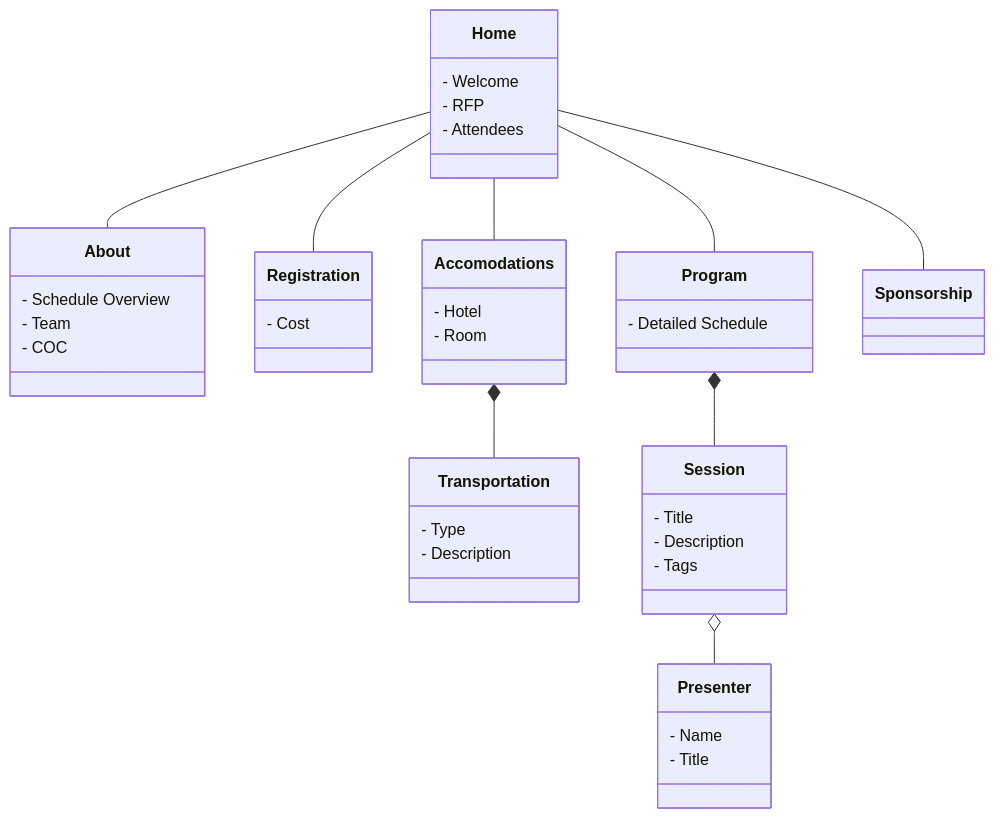
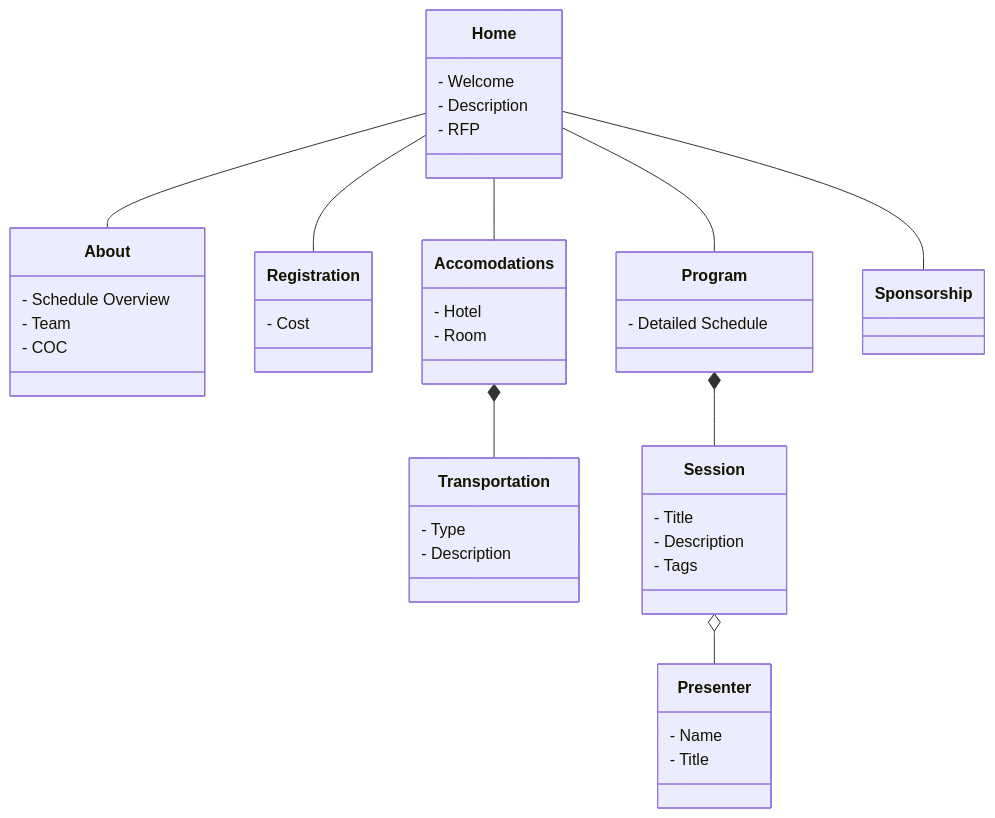
The diagram in README.md (OSGeo-US/foss4g-na-2023), drawn with Mermaid before and after one commit.

`````diff
--- a/README.md
+++ b/README.md
@@ -3,37 +3,36 @@
-````mermaid
+```mermaid
 classDiagram
     Home -- About
     Home -- Registration
     Home -- Accomodations
     Home -- Program
     Home -- Sponsorship
     Home : - Welcome
+    Home : - Description
     Home : - RFP
-    Home : - Attendees
 
 
     Accomodations : - Hotel
     Accomodations : - Room
     Accomodations *-- Transportation
 
     Transportation : - Type
     Transportation : - Description
 
     About : - Schedule Overview
     About : - Team
     About : - COC
 
     Program *-- Session
     Program : - Detailed Schedule
 
     Session : - Title
     Session : - Description
     Session : - Tags
     Session o-- Presenter
 
     Presenter : - Name
     Presenter : - Title
 
     Registration : - Cost
-    ```
-````
+```
`````
